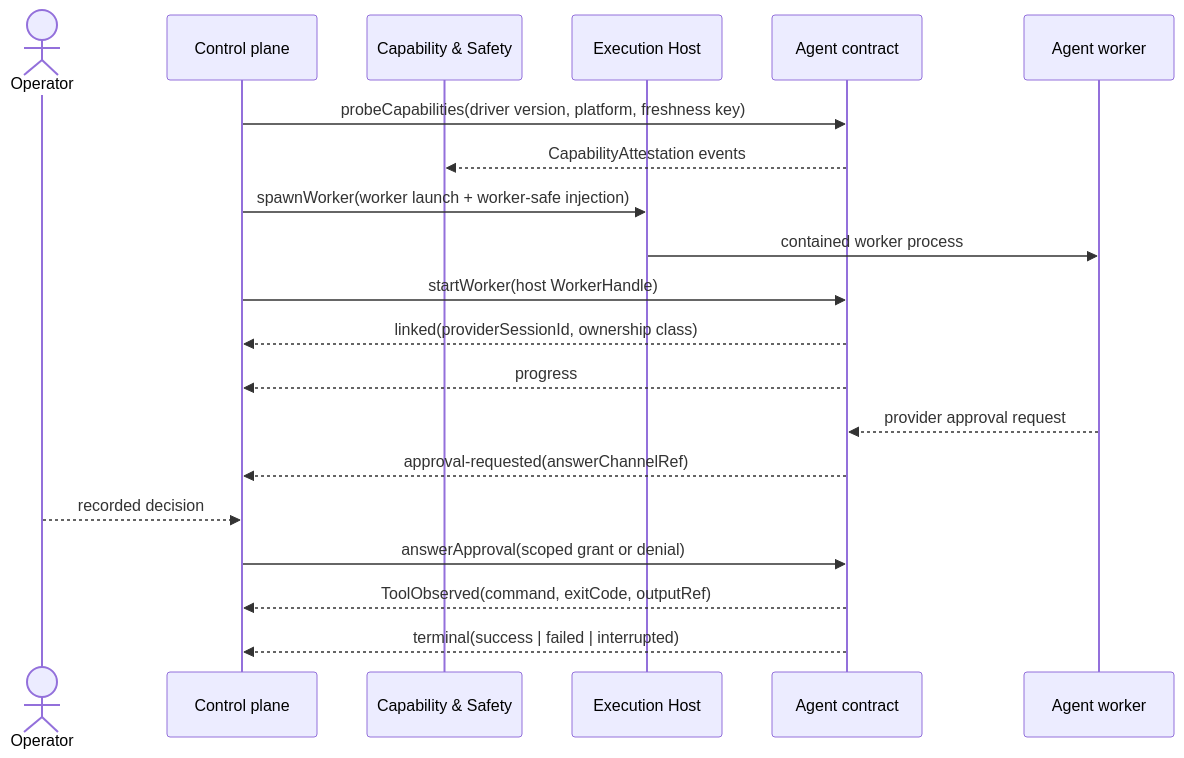
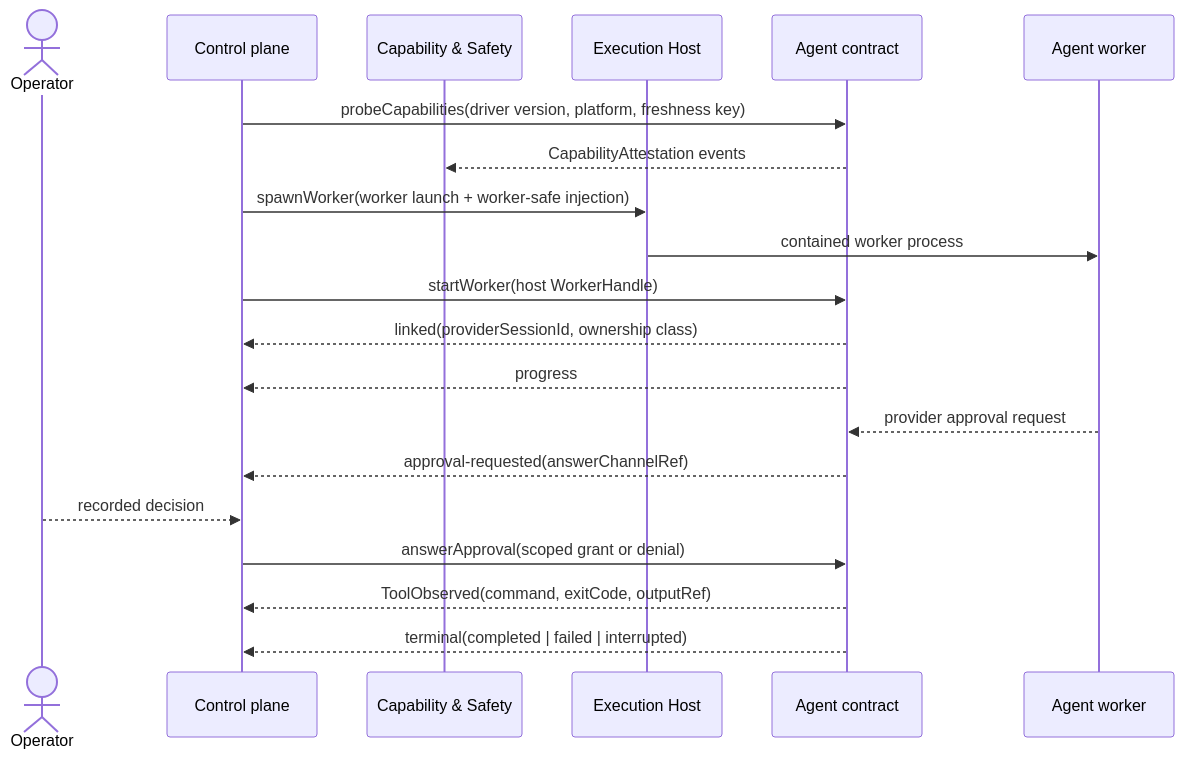
One commit to aryeko/agentic-workflow-kit changed the second of 2 diagrams in docs/design/domains/prov-01-agent-execution/design.md. Above: the diagram before and after it, drawn with Mermaid. The commit also changed other lines of this file and 5 other files, not shown here.

````diff
--- a/docs/design/domains/prov-01-agent-execution/design.md
+++ b/docs/design/domains/prov-01-agent-execution/design.md
@@ -119,22 +125,22 @@
 ```mermaid
 sequenceDiagram
   actor H as Operator
   participant CP as Control plane
   participant CAP as Capability & Safety
   participant EH as Execution Host
   participant AG as Agent contract
   participant W as Agent worker
   CP->>AG: probeCapabilities(driver version, platform, freshness key)
   AG-->>CAP: CapabilityAttestation events
   CP->>EH: spawnWorker(worker launch + worker-safe injection)
   EH->>W: contained worker process
   CP->>AG: startWorker(host WorkerHandle)
   AG-->>CP: linked(providerSessionId, ownership class)
   AG-->>CP: progress
   W-->>AG: provider approval request
   AG-->>CP: approval-requested(answerChannelRef)
   H-->>CP: recorded decision
   CP->>AG: answerApproval(scoped grant or denial)
   AG-->>CP: ToolObserved(command, exitCode, outputRef)
-  AG-->>CP: terminal(success | failed | interrupted)
+  AG-->>CP: terminal(completed | failed | interrupted)
 ```
````
